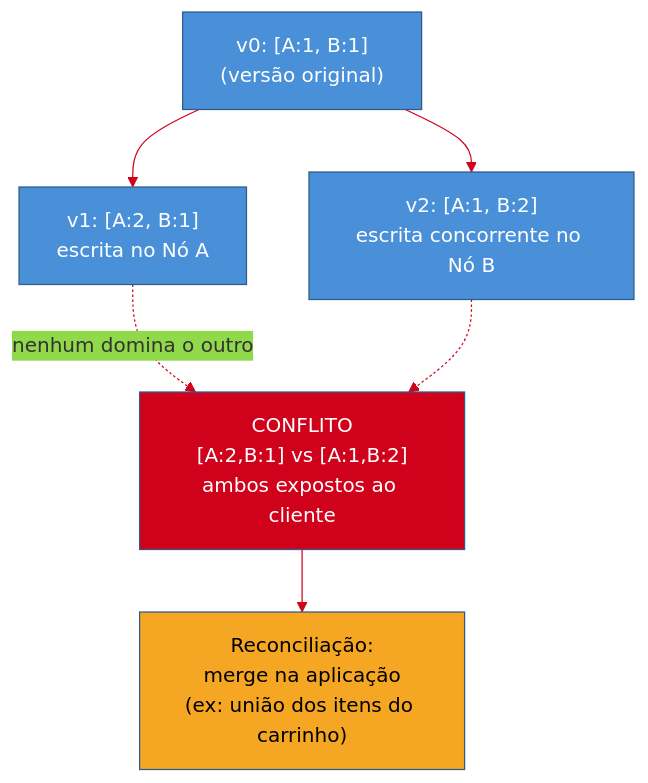
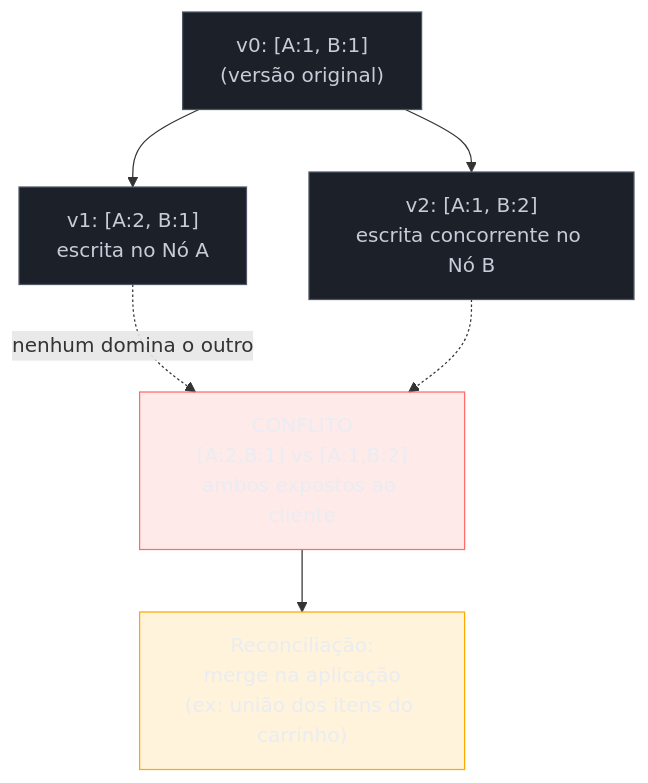
The fifth of 7 diagrams in 03-Dominios/Engenharia/Arquitetura/System Design/4 - Walkthroughs/08 - Distributed Key-Value Store.md (josenaldo/codex-technomanticus), drawn with Mermaid before and after one commit. The commit also changed other lines of this file and 1181 other files, not shown here.

First line of the commit message:
fix(diagramas): paleta do sistema no lugar de cor cravada no markdown

````diff
--- a/03-Dominios/Engenharia/Arquitetura/System Design/4 - Walkthroughs/08 - Distributed Key-Value Store.md
+++ b/03-Dominios/Engenharia/Arquitetura/System Design/4 - Walkthroughs/08 - Distributed Key-Value Store.md
@@ -234,16 +233,18 @@
 ```mermaid
-%%{init: {"theme": "base", "themeVariables": {"primaryColor": "#4A90D9", "primaryBorderColor": "#2E5C8A", "lineColor": "#D0021B"}}}%%
 graph TD
+    classDef neutro fill:#1B2029,stroke:#4E5666,color:#C6CCD8
+    classDef falha fill:#FF6B6B24,stroke:#FF6B6B,color:#E9ECF2
+    classDef destaque fill:#FFAA0024,stroke:#FFAA00,color:#E9ECF2
     V0["v0: [A:1, B:1]<br/>(versão original)"]
     V0 --> V1["v1: [A:2, B:1]<br/>escrita no Nó A"]
     V0 --> V2["v2: [A:1, B:2]<br/>escrita concorrente no Nó B"]
     V1 -.->|"nenhum domina o outro"| CONFLITO["CONFLITO<br/>[A:2,B:1] vs [A:1,B:2]<br/>ambos expostos ao cliente"]
     V2 -.-> CONFLITO
     CONFLITO --> RECON["Reconciliação:<br/>merge na aplicação<br/>(ex: união dos itens do carrinho)"]
 
-    style V0 fill:#4A90D9,color:#fff
-    style V1 fill:#4A90D9,color:#fff
-    style V2 fill:#4A90D9,color:#fff
-    style CONFLITO fill:#D0021B,color:#fff
-    style RECON fill:#F5A623,color:#000
+    class V0 neutro
+    class V1 neutro
+    class V2 neutro
+    class CONFLITO falha
+    class RECON destaque
 ```
````
